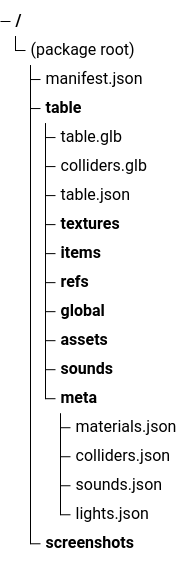
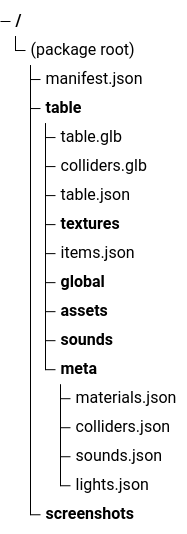
Before and after one commit to freezy/VisualPinball.Engine: the diagram in VisualPinball.Unity/Documentation~/developer-guide/packaging/index.md, drawn with Mermaid. The commit also changed other lines of this file and 15 other files, not shown here.

````diff
--- a/VisualPinball.Unity/Documentation~/developer-guide/packaging/index.md
+++ b/VisualPinball.Unity/Documentation~/developer-guide/packaging/index.md
@@ -22,21 +22,20 @@
 ```mermaid
 treeView-beta
     "(package root)"
         "manifest.json"
         "table/"
             "table.glb"
             "colliders.glb"
             "table.json"
             "textures/"
-            "items/"
-            "refs/"
+            "items.json"
             "global/"
             "assets/"
             "sounds/"
             "meta/"
                 "materials.json"
                 "colliders.json"
                 "sounds.json"
                 "lights.json"
         "screenshots/"
 ```
````
